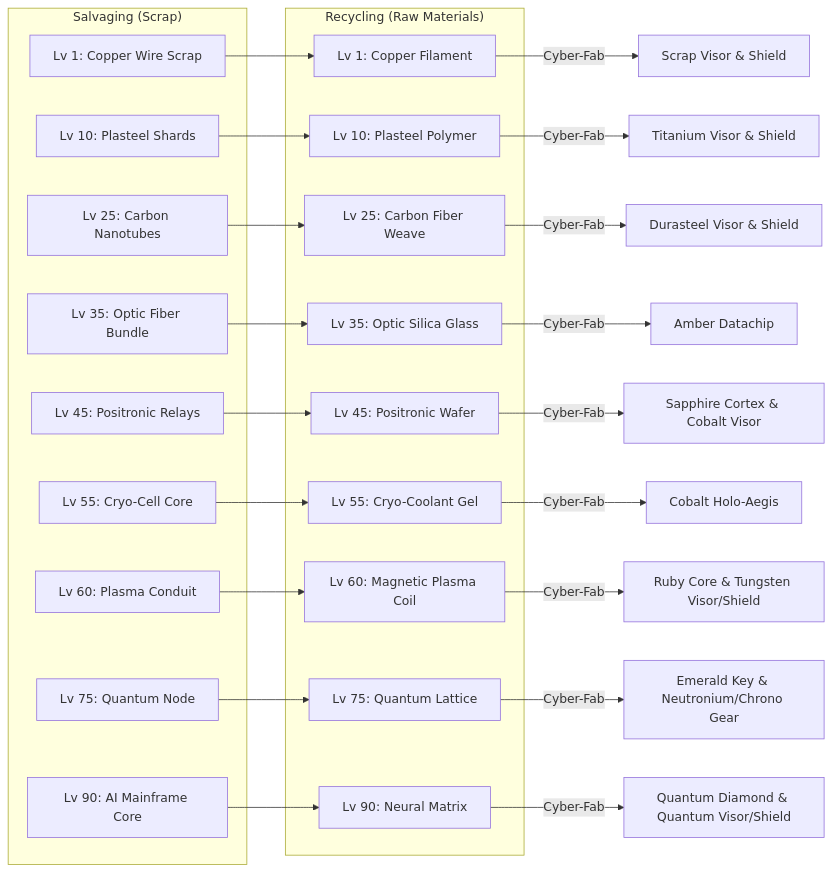
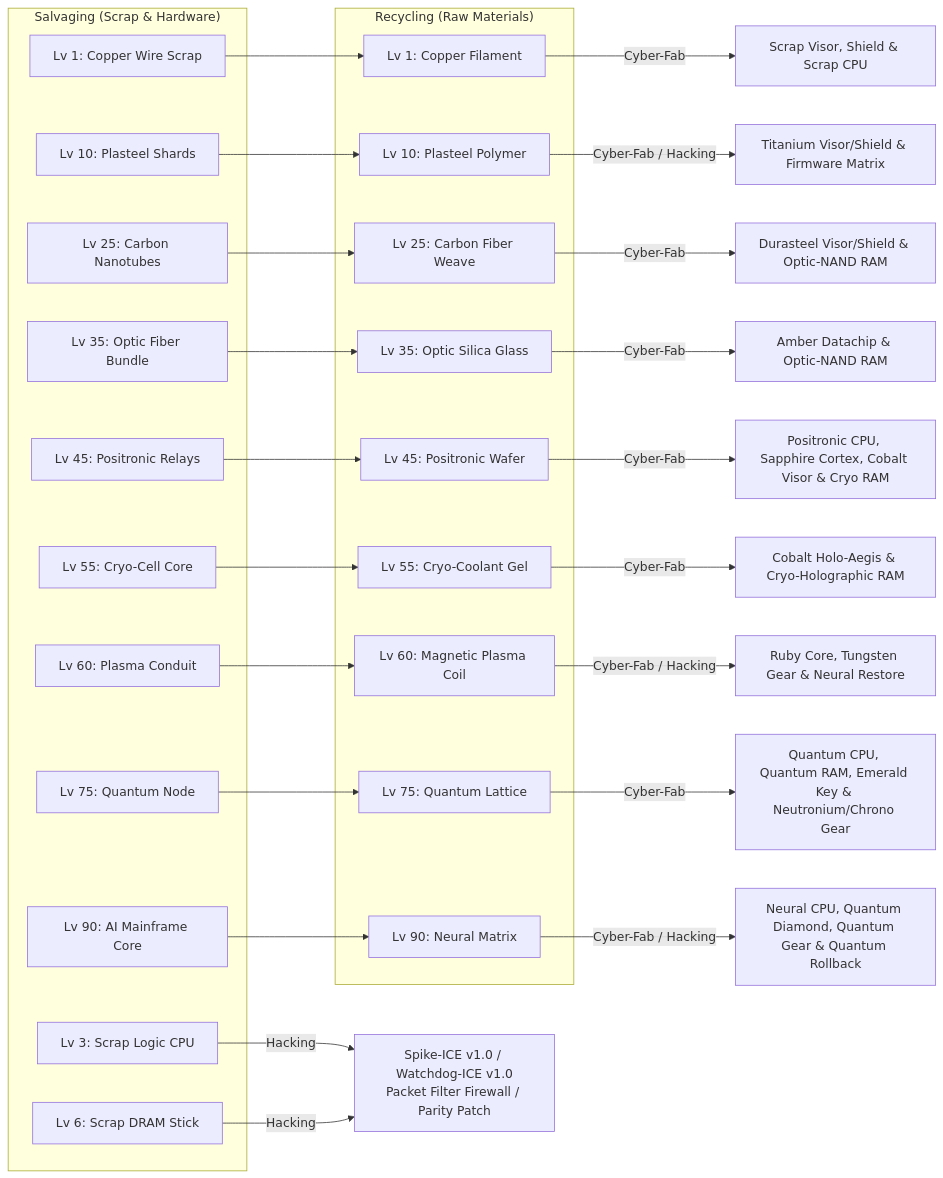
The second of 5 diagrams in docs/logistics.md (Mizux/routineverse), drawn with Mermaid before and after one commit. The commit also changed other lines of this file and 4 other files, not shown here.

````diff
--- a/docs/logistics.md
+++ b/docs/logistics.md
@@ -58,46 +64,49 @@
 ```mermaid
 flowchart LR
-  subgraph Salvaging["Salvaging (Scrap)"]
+  subgraph Salvaging["Salvaging (Scrap & Hardware)"]
     S0["Lv 1: Copper Wire Scrap"]
+    S_CPU["Lv 3: Scrap Logic CPU"]
+    S_RAM["Lv 6: Scrap DRAM Stick"]
     S1["Lv 10: Plasteel Shards"]
     S2["Lv 25: Carbon Nanotubes"]
     S3["Lv 35: Optic Fiber Bundle"]
     S4["Lv 45: Positronic Relays"]
     S5["Lv 55: Cryo-Cell Core"]
     S6["Lv 60: Plasma Conduit"]
     S7["Lv 75: Quantum Node"]
     S8["Lv 90: AI Mainframe Core"]
   end
 
   subgraph Recycling["Recycling (Raw Materials)"]
     R0["Lv 1: Copper Filament"]
     R1["Lv 10: Plasteel Polymer"]
     R2["Lv 25: Carbon Fiber Weave"]
     R3["Lv 35: Optic Silica Glass"]
     R4["Lv 45: Positronic Wafer"]
     R5["Lv 55: Cryo-Coolant Gel"]
     R6["Lv 60: Magnetic Plasma Coil"]
     R7["Lv 75: Quantum Lattice"]
     R8["Lv 90: Neural Matrix"]
   end
 
   S0 --> R0
   S1 --> R1
   S2 --> R2
   S3 --> R3
   S4 --> R4
   S5 --> R5
   S6 --> R6
   S7 --> R7
   S8 --> R8
 
-  R0 -->|"Cyber-Fab"| CF0["Scrap Visor & Shield"]
-  R1 -->|"Cyber-Fab"| CF1["Titanium Visor & Shield"]
-  R2 -->|"Cyber-Fab"| CF2["Durasteel Visor & Shield"]
-  R3 -->|"Cyber-Fab"| CF3["Amber Datachip"]
-  R4 -->|"Cyber-Fab"| CF4["Sapphire Cortex & Cobalt Visor"]
-  R5 -->|"Cyber-Fab"| CF5["Cobalt Holo-Aegis"]
-  R6 -->|"Cyber-Fab"| CF6["Ruby Core & Tungsten Visor/Shield"]
-  R7 -->|"Cyber-Fab"| CF7["Emerald Key & Neutronium/Chrono Gear"]
-  R8 -->|"Cyber-Fab"| CF8["Quantum Diamond & Quantum Visor/Shield"]
+  S_CPU & S_RAM -->|"Hacking"| HCK1["Spike-ICE v1.0 / Watchdog-ICE v1.0<br/>Packet Filter Firewall / Parity Patch"]
+  R0 -->|"Cyber-Fab"| CF0["Scrap Visor, Shield & Scrap CPU"]
+  R1 -->|"Cyber-Fab / Hacking"| CF1["Titanium Visor/Shield & Firmware Matrix"]
+  R2 -->|"Cyber-Fab"| CF2["Durasteel Visor/Shield & Optic-NAND RAM"]
+  R3 -->|"Cyber-Fab"| CF3["Amber Datachip & Optic-NAND RAM"]
+  R4 -->|"Cyber-Fab"| CF4["Positronic CPU, Sapphire Cortex, Cobalt Visor & Cryo RAM"]
+  R5 -->|"Cyber-Fab"| CF5["Cobalt Holo-Aegis & Cryo-Holographic RAM"]
+  R6 -->|"Cyber-Fab / Hacking"| CF6["Ruby Core, Tungsten Gear & Neural Restore"]
+  R7 -->|"Cyber-Fab"| CF7["Quantum CPU, Quantum RAM, Emerald Key & Neutronium/Chrono Gear"]
+  R8 -->|"Cyber-Fab / Hacking"| CF8["Neural CPU, Quantum Diamond, Quantum Gear & Quantum Rollback"]
 ```
````
